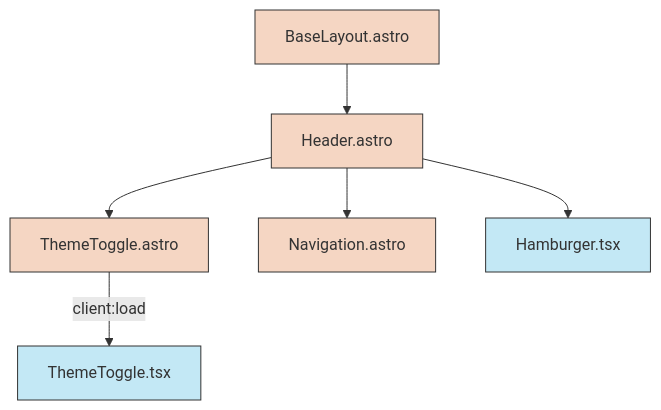
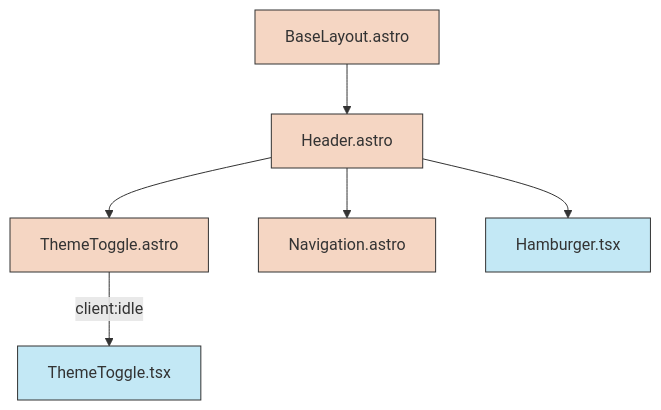
One commit to erfianugrah/revista-3 changed the first of 3 diagrams in src/Architecture-README.md. Above: the diagram before and after it, drawn with Mermaid. The commit also changed other lines of this file and 25 other files, not shown here.

````diff
--- a/src/Architecture-README.md
+++ b/src/Architecture-README.md
@@ -12,15 +13,15 @@
 ```mermaid
 graph TD
     classDef astroFile fill:#f5d6c3,stroke:#333,stroke-width:1px
     classDef reactFile fill:#c3e8f5,stroke:#333,stroke-width:1px
     classDef scriptFile fill:#d6f5c3,stroke:#333,stroke-width:1px
-    
+
     A["BaseLayout.astro"] --> B["Header.astro"]
     B --> C["ThemeToggle.astro"]
-    C -->|"client:load"| D["ThemeToggle.tsx"]
+    C -->|"client:idle"| D["ThemeToggle.tsx"]
     B --> E["Navigation.astro"]
     B --> F["Hamburger.tsx"]
-    
+
     class A,B,C,E astroFile
     class D,F reactFile
 ```
````
